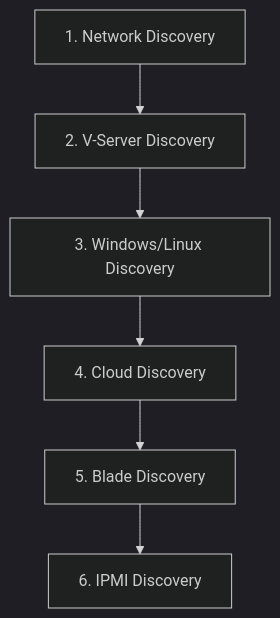
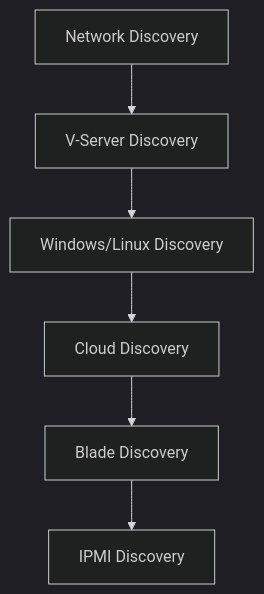
The first of 3 diagrams in Device42/Device42_On-Premise_Discovery_Implementation_Guide.md (ngodn/codex--KB), drawn with Mermaid (dark theme) before and after one commit.

````diff
--- a/Device42/Device42_On-Premise_Discovery_Implementation_Guide.md
+++ b/Device42/Device42_On-Premise_Discovery_Implementation_Guide.md
@@ -108,8 +108,8 @@
 ```mermaid
 flowchart TD
-    A["1. Network Discovery"] --> B["2. V-Server Discovery"]
-    B --> C["3. Windows/Linux Discovery"]
-    C --> D["4. Cloud Discovery"]
-    D --> E["5. Blade Discovery"]
-    E --> F["6. IPMI Discovery"]
+    A[Network Discovery] --> B[V-Server Discovery]
+    B --> C[Windows/Linux Discovery]
+    C --> D[Cloud Discovery]
+    D --> E[Blade Discovery]
+    E --> F[IPMI Discovery]
 ```
````
